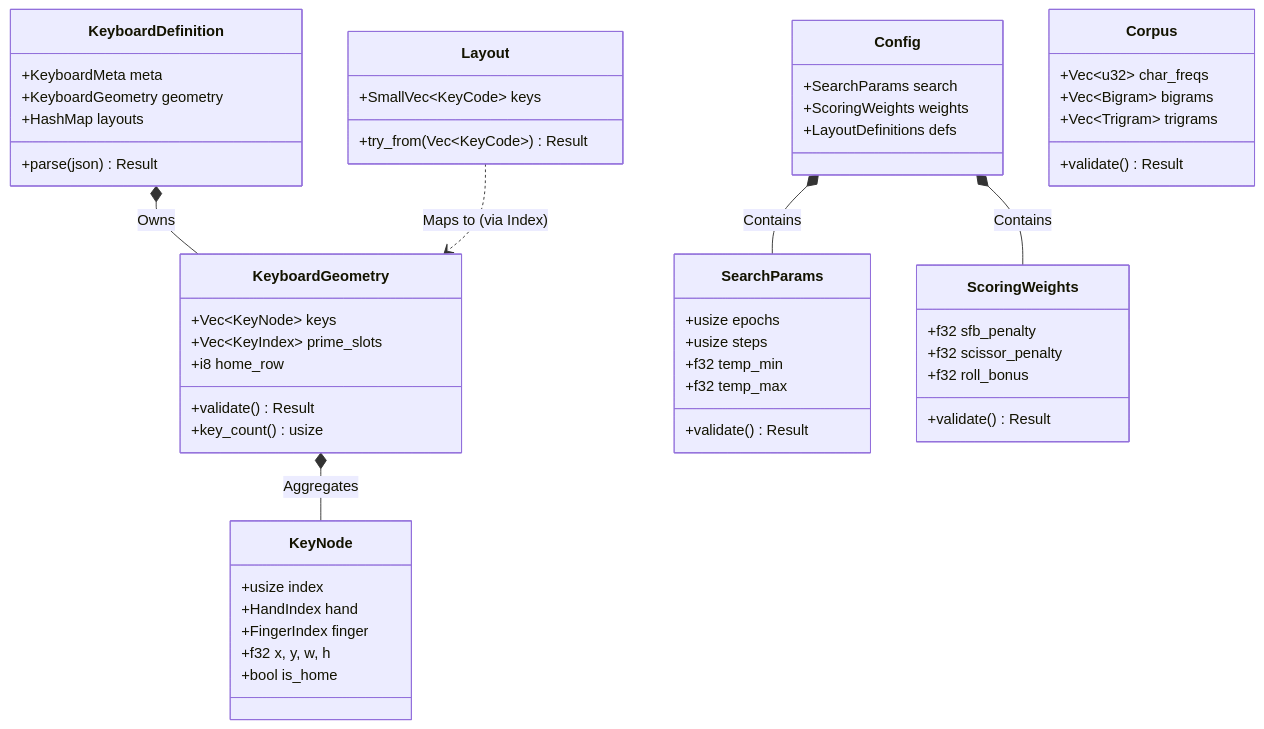
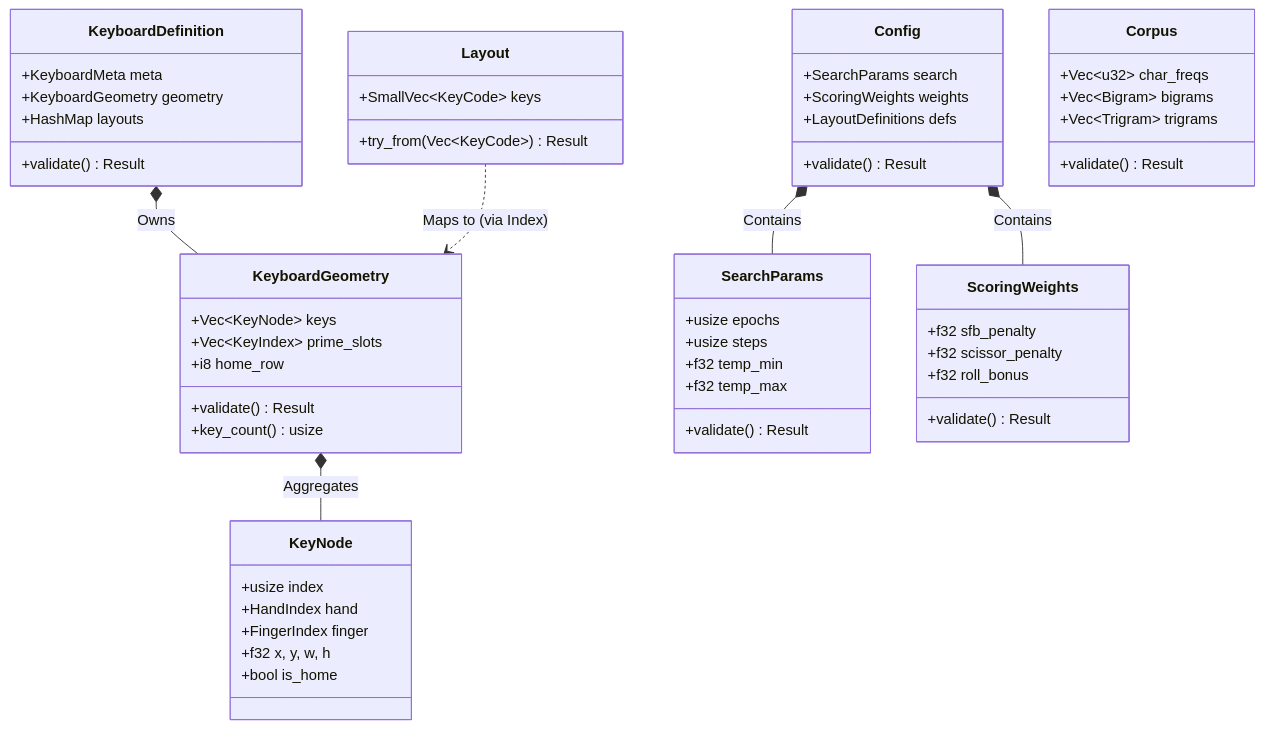
One commit to infodungeon/keyforge changed the diagram in docs/design/keyforge-model/README.md. Above: the diagram before and after it, drawn with Mermaid. The commit also changed other lines of this file and 51 other files, not shown here.

````diff
--- a/docs/design/keyforge-model/README.md
+++ b/docs/design/keyforge-model/README.md
@@ -15,70 +15,71 @@
 ```mermaid
 classDiagram
     %% --- Aggregates ---
     class Config {
         +SearchParams search
         +ScoringWeights weights
         +LayoutDefinitions defs
+        +validate() Result
     }
 
     class KeyboardDefinition {
         +KeyboardMeta meta
         +KeyboardGeometry geometry
         +HashMap layouts
-        +parse(json) Result
+        +validate() Result
     }
 
     %% --- Entities ---
     class KeyboardGeometry {
         +Vec~KeyNode~ keys
         +Vec~KeyIndex~ prime_slots
         +i8 home_row
         +validate() Result
         +key_count() usize
     }
 
     class KeyNode {
         +usize index
         +HandIndex hand
         +FingerIndex finger
         +f32 x, y, w, h
         +bool is_home
     }
 
     class Layout {
         +SmallVec~KeyCode~ keys
         +try_from(Vec~KeyCode~) Result
     }
 
     class Corpus {
         +Vec~u32~ char_freqs
         +Vec~Bigram~ bigrams
         +Vec~Trigram~ trigrams
         +validate() Result
     }
 
     %% --- Value Objects (Configuration) ---
     class SearchParams {
         +usize epochs
         +usize steps
         +f32 temp_min
         +f32 temp_max
         +validate() Result
     }
 
     class ScoringWeights {
         +f32 sfb_penalty
         +f32 scissor_penalty
         +f32 roll_bonus
         +validate() Result
     }
 
     %% --- Relationships ---
     Config *-- SearchParams : Contains
     Config *-- ScoringWeights : Contains
     
     KeyboardDefinition *-- KeyboardGeometry : Owns
     KeyboardGeometry *-- KeyNode : Aggregates
     
     Layout ..> KeyboardGeometry : Maps to (via Index)
 ```
````
